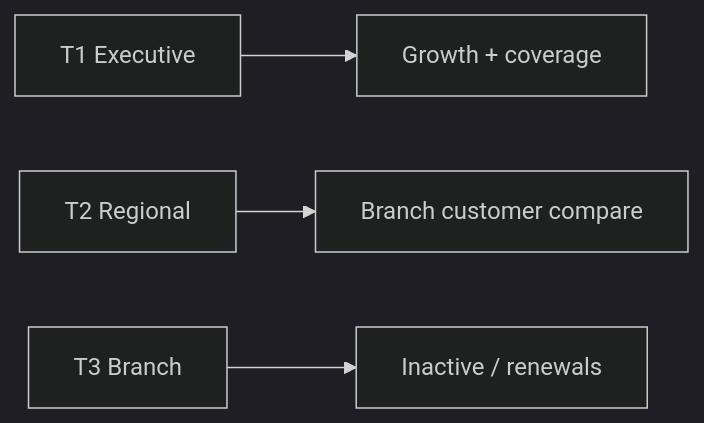
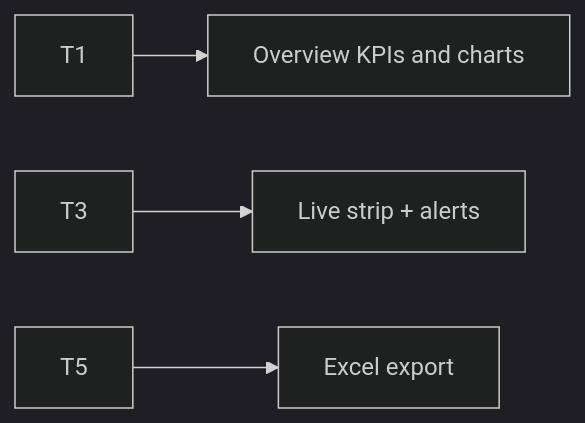
One commit to Aurifex-Innovations/ERP_docs changed the third of 6 diagrams in Dashboard_final_v0/customer-management-dashboard.md. Above: the diagram before and after it, drawn with Mermaid (dark theme). The commit also changed other lines of this file, not shown here.

````diff
--- a/Dashboard_final_v0/customer-management-dashboard.md
+++ b/Dashboard_final_v0/customer-management-dashboard.md
@@ -94,6 +169,6 @@
 ```mermaid
 flowchart LR
-  t1["T1 Executive"] --> growth["Growth + coverage"]
-  t2["T2 Regional"] --> compare["Branch customer compare"]
-  t3["T3 Branch"] --> alerts["Inactive / renewals"]
+  t1["T1"] --> overview["Overview KPIs and charts"]
+  t3["T3"] --> live["Live strip + alerts"]
+  t5["T5"] --> excel["Excel export"]
 ```
````
